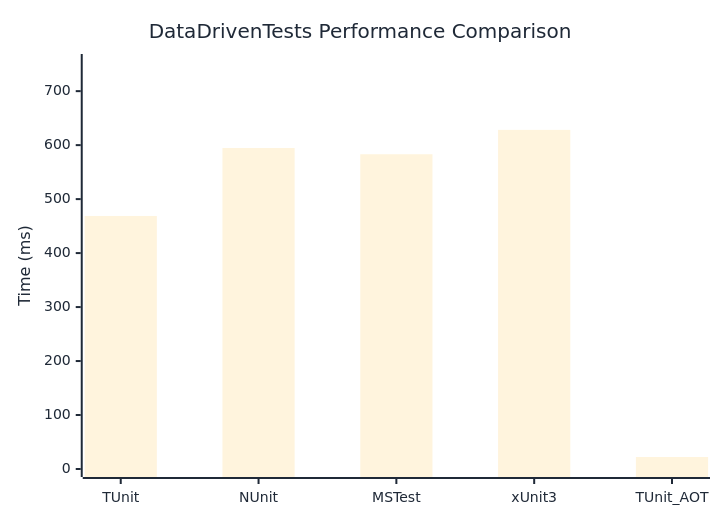
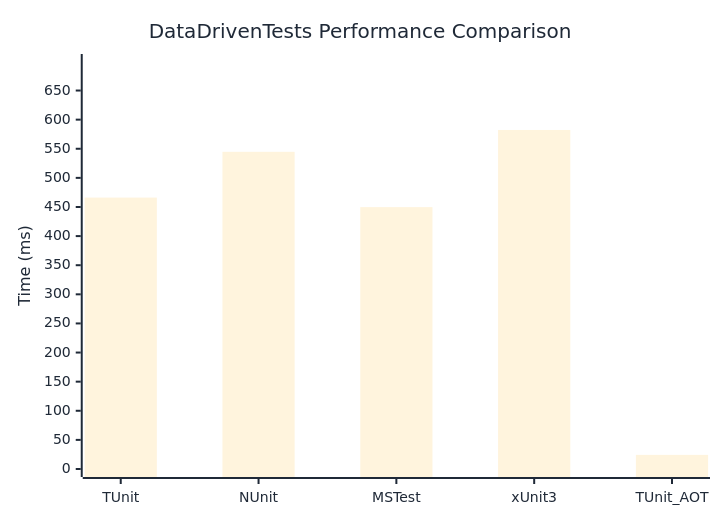
The diagram in docs/docs/benchmarks/DataDrivenTests.md (thomhurst/TUnit), drawn with Mermaid before and after one commit. The commit also changed other lines of this file and 17 other files, not shown here.

````diff
--- a/docs/docs/benchmarks/DataDrivenTests.md
+++ b/docs/docs/benchmarks/DataDrivenTests.md
@@ -27,37 +27,37 @@
 ```mermaid
 %%{init: {
   'theme':'base',
   'themeVariables': {
     'primaryColor': '#2563eb',
     'primaryTextColor': '#1f2937',
     'primaryBorderColor': '#1e40af',
     'lineColor': '#6b7280',
     'secondaryColor': '#7c3aed',
     'tertiaryColor': '#dc2626',
     'background': '#ffffff',
     'mainBkg': '#2563eb',
     'secondBkg': '#7c3aed',
     'tertiaryBkg': '#dc2626',
     'clusterBkg': '#f3f4f6',
     'edgeLabelBackground': '#ffffff',
     'tertiaryTextColor': '#1f2937',
     'pie1': '#2563eb',
     'pie2': '#7c3aed',
     'pie3': '#dc2626',
     'pie4': '#f59e0b',
     'pie5': '#10b981',
     'pie6': '#06b6d4',
     'pie7': '#ec4899',
     'pie8': '#6366f1',
     'pie9': '#84cc16',
     'pie10': '#f97316',
     'pie11': '#14b8a6',
     'pie12': '#a855f7'
   }
 }}%%
 xychart-beta
   title "DataDrivenTests Performance Comparison"
   x-axis ["TUnit", "NUnit", "MSTest", "xUnit3", "TUnit_AOT"]
-  y-axis "Time (ms)" 0 --> 754
-  bar [468.76, 594.69, 583.09, 628.26, 22.2]
+  y-axis "Time (ms)" 0 --> 699
+  bar [466.15, 544.72, 449.73, 582.3, 24.26]
 ```
````
